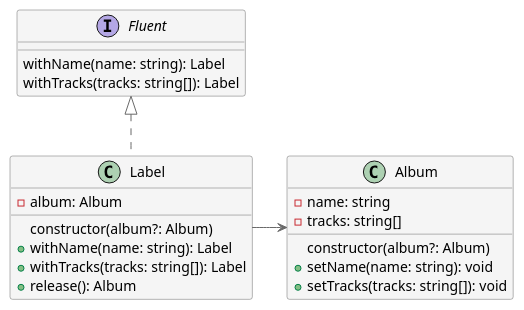
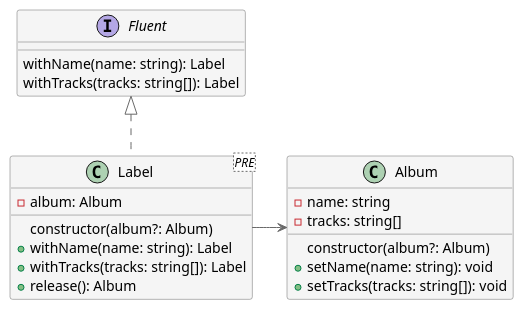
Before and after one commit to plkpiotr/design-patterns: the diagram in src/app/creational/fluent-interface/fluent-interface.puml, drawn with PlantUML. The commit also changed 2 other files, not shown here.

```diff
--- a/src/app/creational/fluent-interface/fluent-interface.puml
+++ b/src/app/creational/fluent-interface/fluent-interface.puml
@@ -1,33 +1,33 @@
 @startuml
 
 skinparam class {
   backgroundColor whitesmoke
   arrowColor dimgrey
   borderColor dimgrey
 }
 
 interface Fluent {
   withName(name: string): Label
   withTracks(tracks: string[]): Label
 }
 
-class Label {
+class Label <PRE> {
   - album: Album
   constructor(album?: Album)
   + withName(name: string): Label
   + withTracks(tracks: string[]): Label
   + release(): Album
 }
 
 class Album {
   - name: string
   - tracks: string[]
   constructor(album?: Album)
   + setName(name: string): void
   + setTracks(tracks: string[]): void
 }
 
 Fluent <|.. Label
 Label -> Album
 
 @enduml
```
